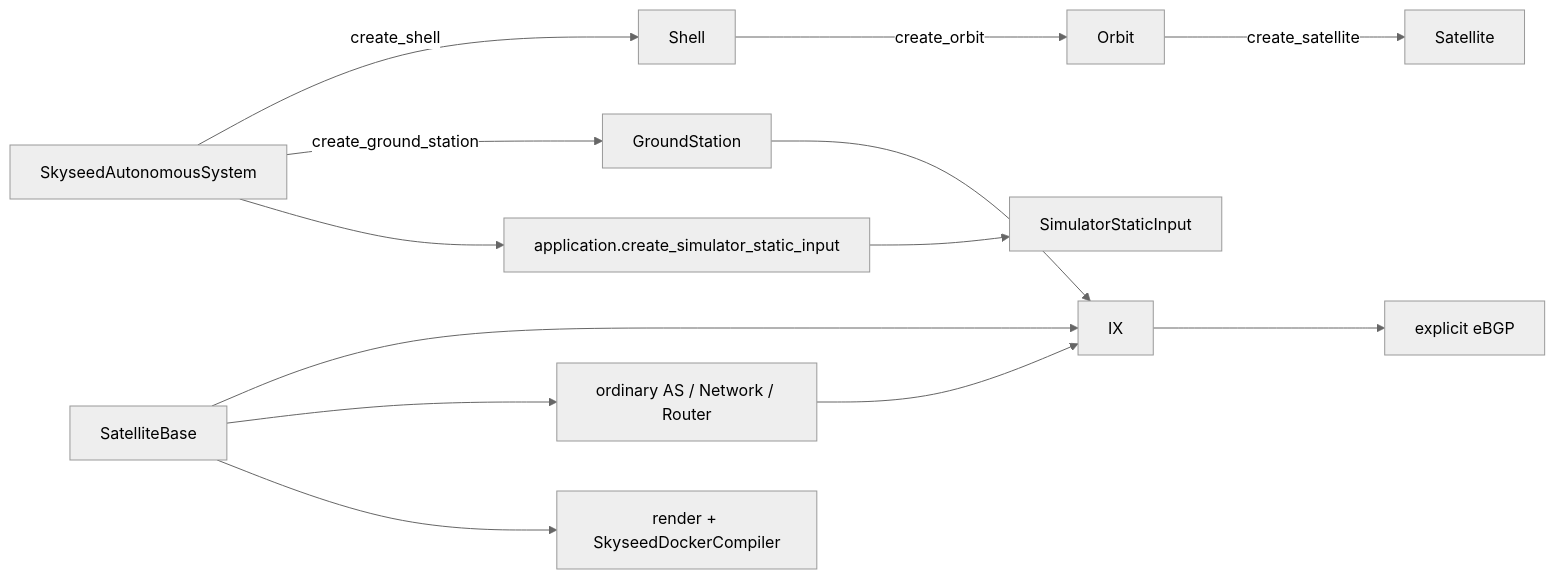
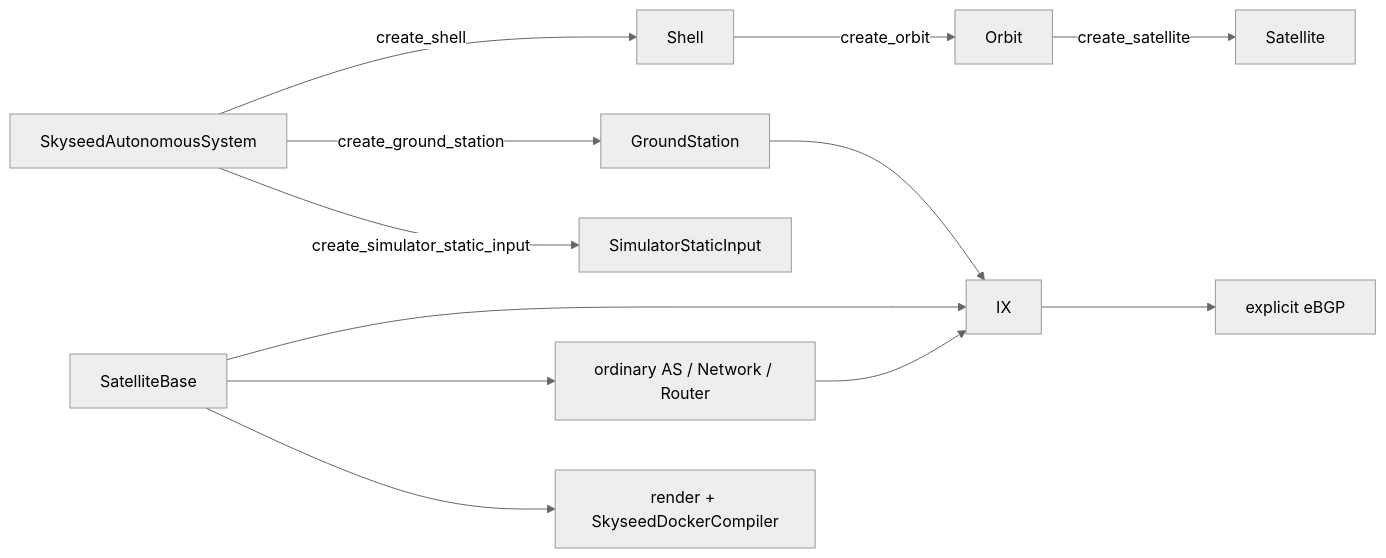
Before and after one commit to seed-labs/skyseed: the second of 4 diagrams in skyseed_v2/docs/architecture/emulator-public-construction-api.md, drawn with Mermaid (neutral theme). The commit also changed other lines of this file and 61 other files, not shown here.

````diff
--- a/skyseed_v2/docs/architecture/emulator-public-construction-api.md
+++ b/skyseed_v2/docs/architecture/emulator-public-construction-api.md
@@ -85,15 +95,14 @@
 ```mermaid
 flowchart LR
     A[SkyseedAutonomousSystem] -->|create_shell| S[Shell]
     S -->|create_orbit| O[Orbit]
     O -->|create_satellite| T[Satellite]
     A -->|create_ground_station| G[GroundStation]
     B[SatelliteBase] --> X[IX]
     B --> N[ordinary AS / Network / Router]
     G --> X
     N --> X
     X --> P[explicit eBGP]
-    A --> F[application.create_simulator_static_input]
-    F --> I[SimulatorStaticInput]
+    A -->|create_simulator_static_input| I[SimulatorStaticInput]
     B --> C[render + SkyseedDockerCompiler]
 ```
````
